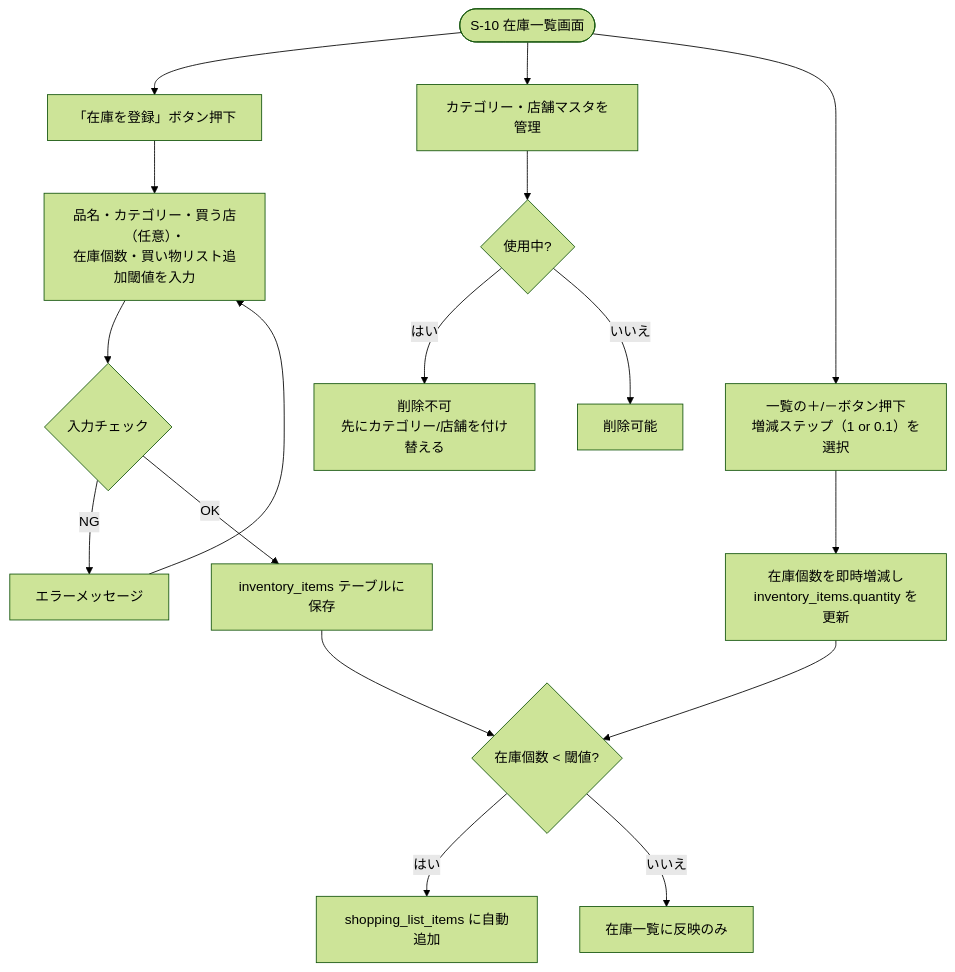
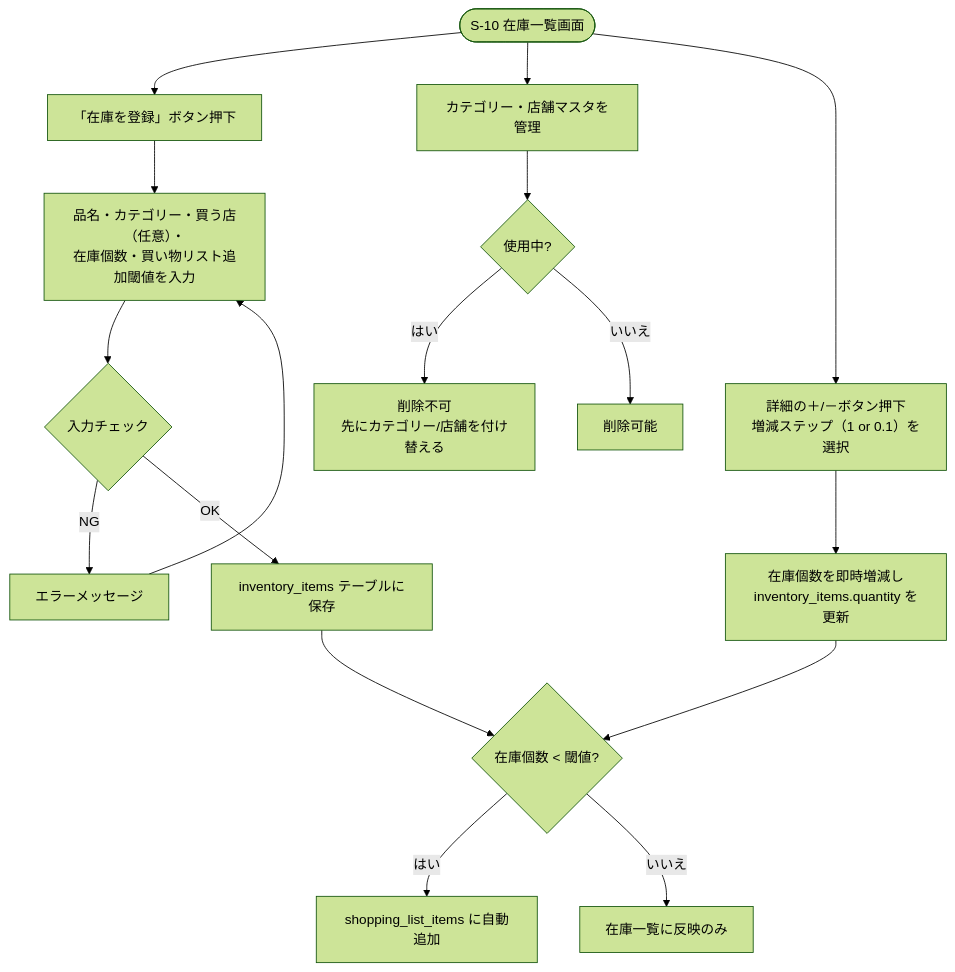
Before and after one commit to yamamotonaoki3/HomeLog: the diagram in docs/details/features/F07_zaiko_inventory.md, drawn with Mermaid (forest theme). The commit also changed other lines of this file and 18 other files, not shown here.

````diff
--- a/docs/details/features/F07_zaiko_inventory.md
+++ b/docs/details/features/F07_zaiko_inventory.md
@@ -19,21 +19,21 @@
 ```mermaid
 flowchart TD
     A([S-10 在庫一覧画面]) --> B["「在庫を登録」ボタン押下"]
     B --> C[品名・カテゴリー・買う店（任意）・\n在庫個数・買い物リスト追加閾値を入力]
     C --> D{入力チェック}
     D -- NG --> E[エラーメッセージ]
     E --> C
     D -- OK --> F[inventory_items テーブルに保存]
     F --> G{在庫個数 < 閾値?}
     G -- はい --> H[shopping_list_items に自動追加]
     G -- いいえ --> I[在庫一覧に反映のみ]
 
     A --> J[カテゴリー・店舗マスタを管理]
     J --> K{使用中?}
     K -- はい --> L[削除不可\n先にカテゴリー/店舗を付け替える]
     K -- いいえ --> M[削除可能]
 
-    A --> N["一覧の＋/－ボタン押下\n増減ステップ（1 or 0.1）を選択"]
+    A --> N["詳細の＋/－ボタン押下\n増減ステップ（1 or 0.1）を選択"]
     N --> O[在庫個数を即時増減し\ninventory_items.quantity を更新]
     O --> G
 ```
````
